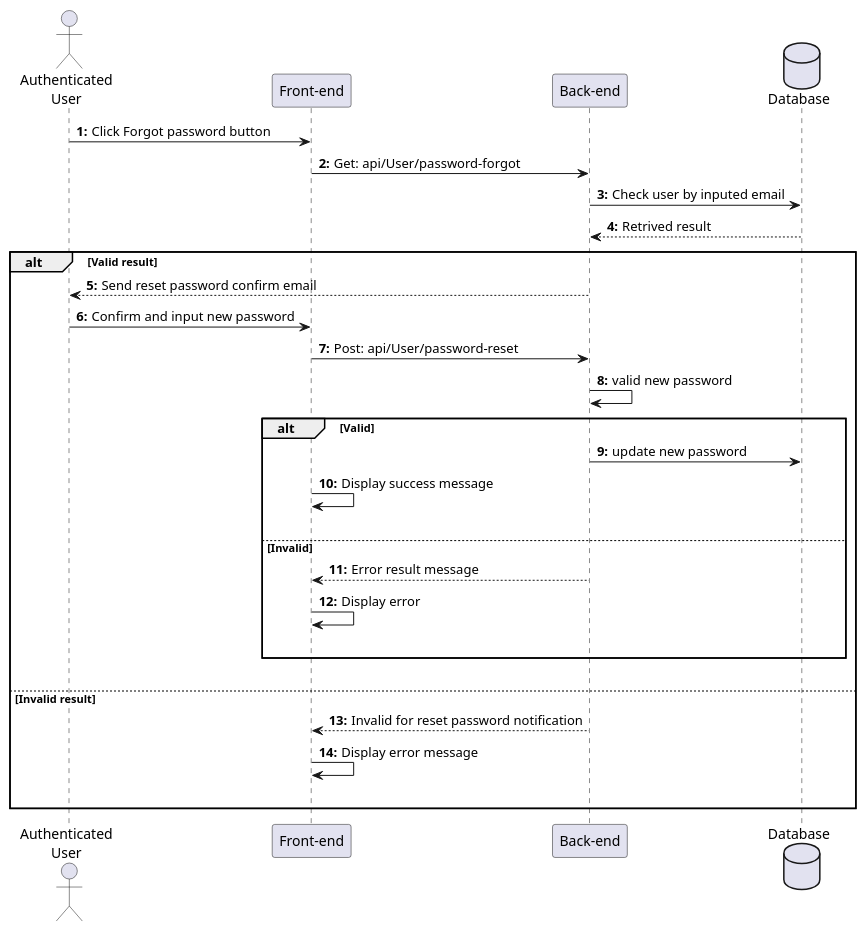
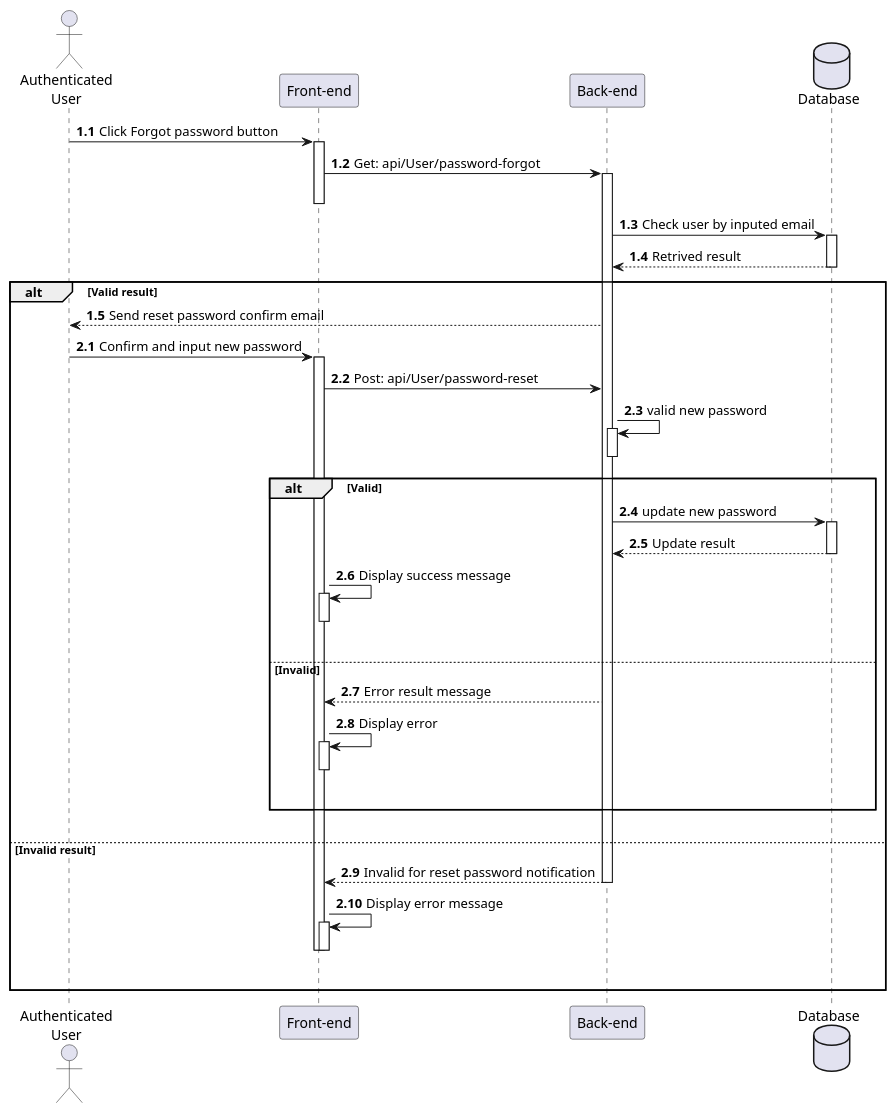
Before and after one commit to HTPhong-276/iCoaching-Diagrams: the diagram in Sequences_diagrams/ForgotPassword.pu, drawn with PlantUML. The commit also changed 49 other files, not shown here.

```diff
--- a/Sequences_diagrams/ForgotPassword.pu
+++ b/Sequences_diagrams/ForgotPassword.pu
@@ -1,38 +1,49 @@
 @startuml ForgotPassword
 
 actor "Authenticated\nUser" as user
 participant "Front-end" as client
 participant "Back-end" as server 
 database "Database" as db
 
-autonumber "<b>0:"
+autonumber 1.1 "<b>0:"
 
-user -> client : Click Forgot password button
-client -> server : Get: api/User/password-forgot
-server -> db : Check user by inputed email
+user -> client++ : Click Forgot password button
+client -> server++ : Get: api/User/password-forgot
+deactivate client
+server -> db++ : Check user by inputed email
 db --> server : Retrived result
+deactivate db
 
 alt Valid result
     server --> user : Send reset password confirm email
-    user -> client : Confirm and input new password
+    autonumber inc A
+    user -> client++ : Confirm and input new password
     client -> server : Post: api/User/password-reset
-    server -> server : valid new password
+    server -> server++ : valid new password
+    deactivate server
 
     alt Valid
-        server -> db : update new password 
-        client -> client : Display success message
+        server -> db++ : update new password 
+        db --> server : Update result
+        deactivate db
+        client -> client++ : Display success message
+        deactivate client
         |||
     else Invalid
         server --> client : Error result message
-        client -> client : Display error
+        client -> client++ : Display error
+        deactivate client
         |||
     end
     |||
 
 else Invalid result
     server --> client : Invalid for reset password notification
-    client -> client : Display error message 
+    deactivate server
+    client -> client++ : Display error message
+    deactivate client
+    deactivate client 
     |||
 end 
 
 @enduml
```
